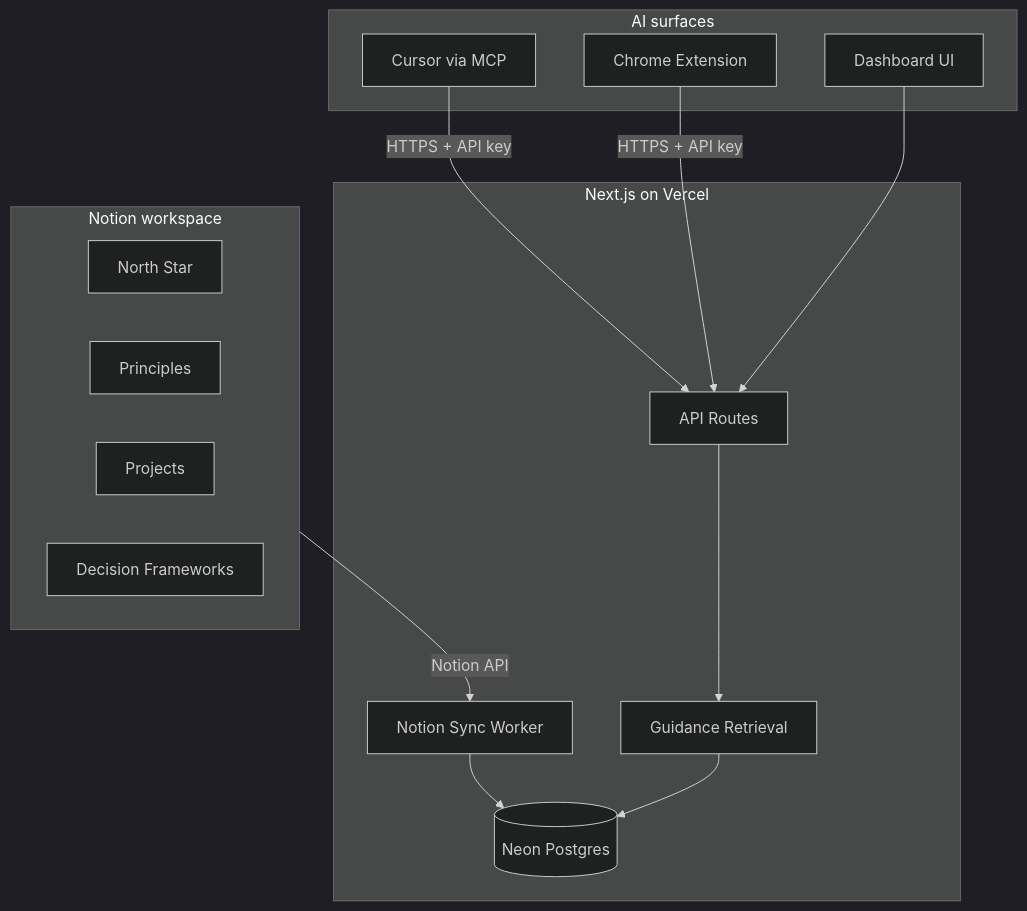
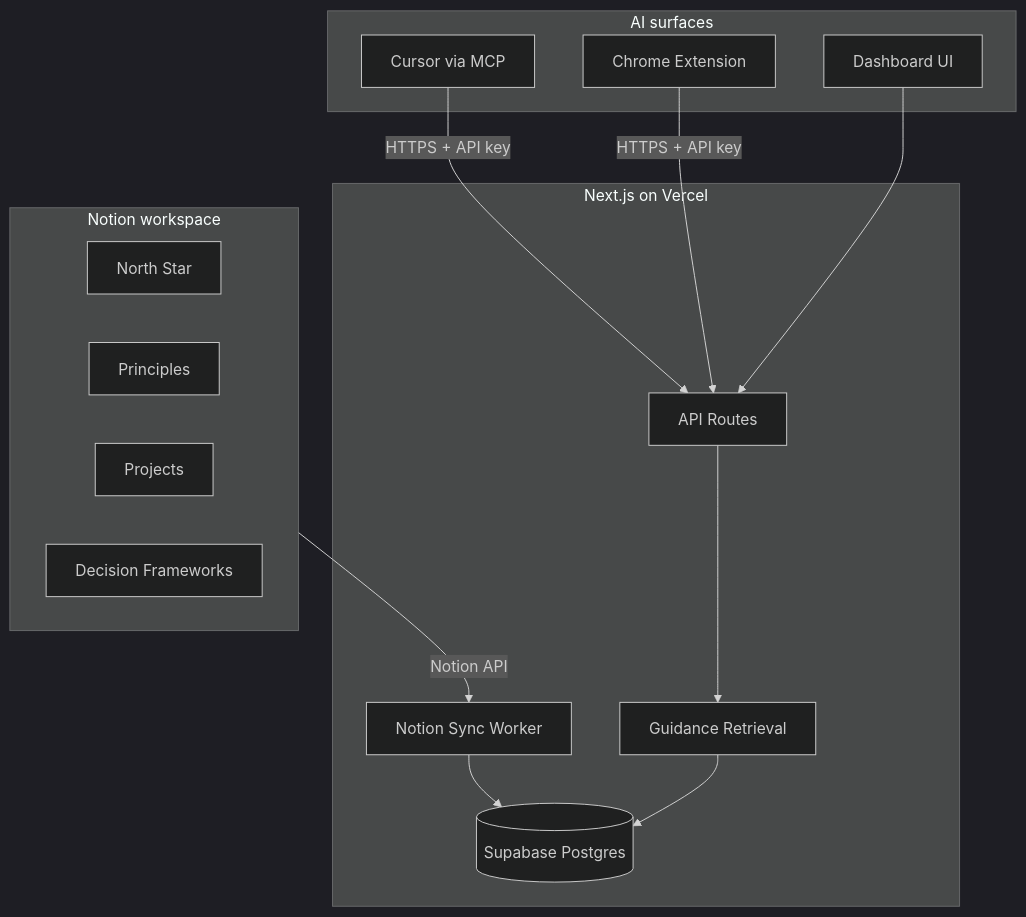
One commit to LebohangMakateng/memory-os changed the diagram in docs/architecture.md. Above: the diagram before and after it, drawn with Mermaid (dark theme). The commit also changed other lines of this file and 7 other files, not shown here.

Commit message:
Switch database driver to Supabase Postgres

````diff
--- a/docs/architecture.md
+++ b/docs/architecture.md
@@ -7,30 +7,30 @@
 ```mermaid
 flowchart TB
   subgraph notion [Notion workspace]
     NS[North Star]
     PR[Principles]
     PJ[Projects]
     DF[Decision Frameworks]
   end
 
   subgraph vercel [Next.js on Vercel]
     API[API Routes]
     SYNC[Notion Sync Worker]
     RET[Guidance Retrieval]
-    DB[(Neon Postgres)]
+    DB[(Supabase Postgres)]
   end
 
   subgraph clients [AI surfaces]
     CUR[Cursor via MCP]
     EXT[Chrome Extension]
     WEB[Dashboard UI]
   end
 
   notion -->|Notion API| SYNC
   SYNC --> DB
   RET --> DB
   API --> RET
   CUR -->|HTTPS + API key| API
   EXT -->|HTTPS + API key| API
   WEB --> API
 ```
````
